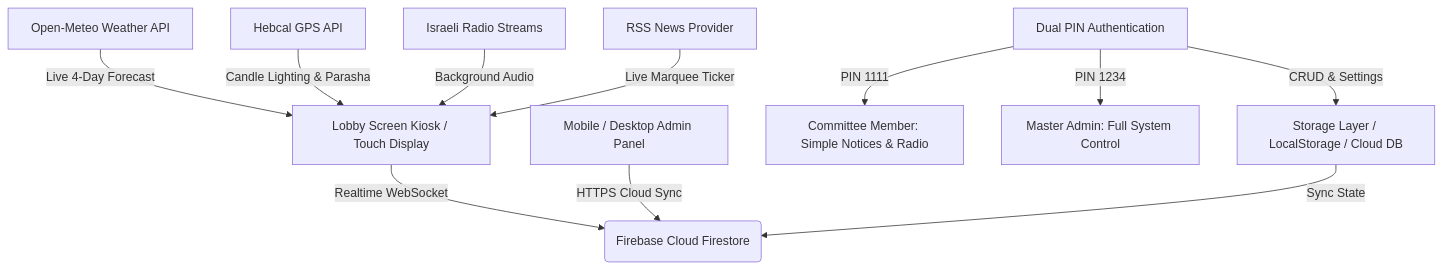
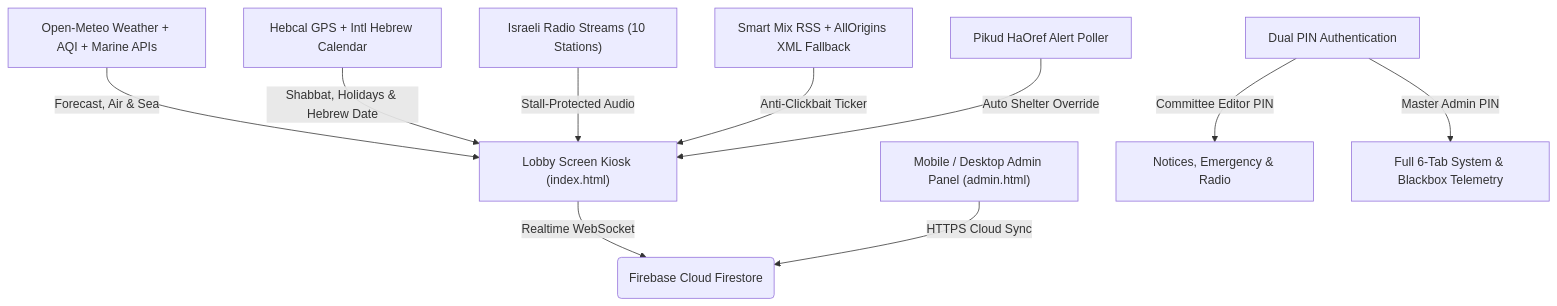
Before and after one commit to omerninyo/smart-lobby: the diagram in README.md, drawn with Mermaid. The commit also changed other lines of this file and 8 other files, not shown here.

First line of the commit message:
docs(release): document v2.6.0 architecture, before/after evolution, and wiki guides

````diff
--- a/README.md
+++ b/README.md
@@ -120,13 +112,12 @@
 ```mermaid
 graph TD
-    A[Lobby Screen Kiosk / Touch Display] -->|Realtime WebSocket| B(Firebase Cloud Firestore)
-    C[Open-Meteo Weather API] -->|Live 4-Day Forecast| A
-    D[Hebcal GPS API] -->|Candle Lighting & Parasha| A
-    E[Israeli Radio Streams] -->|Background Audio| A
-    F[RSS News Provider] -->|Live Marquee Ticker| A
-    G[Mobile / Desktop Admin Panel] -->|HTTPS Cloud Sync| B
-    H[Dual PIN Authentication] -->|PIN 1111| H1[Committee Member: Simple Notices & Radio]
-    H -->|PIN 1234| H2[Master Admin: Full System Control]
-    H -->|CRUD & Settings| I[Storage Layer / LocalStorage / Cloud DB]
-    I -->|Sync State| B
+    A["Lobby Screen Kiosk (index.html)"] -->|Realtime WebSocket| B("Firebase Cloud Firestore")
+    C["Open-Meteo Weather + AQI + Marine APIs"] -->|Forecast, Air & Sea| A
+    D["Hebcal GPS + Intl Hebrew Calendar"] -->|Shabbat, Holidays & Hebrew Date| A
+    E["Israeli Radio Streams (10 Stations)"] -->|Stall-Protected Audio| A
+    F["Smart Mix RSS + AllOrigins XML Fallback"] -->|Anti-Clickbait Ticker| A
+    O["Pikud HaOref Alert Poller"] -->|Auto Shelter Override| A
+    G["Mobile / Desktop Admin Panel (admin.html)"] -->|HTTPS Cloud Sync| B
+    H["Dual PIN Authentication"] -->|Committee Editor PIN| H1["Notices, Emergency & Radio"]
+    H -->|Master Admin PIN| H2["Full 6-Tab System & Blackbox Telemetry"]
 ```
````
